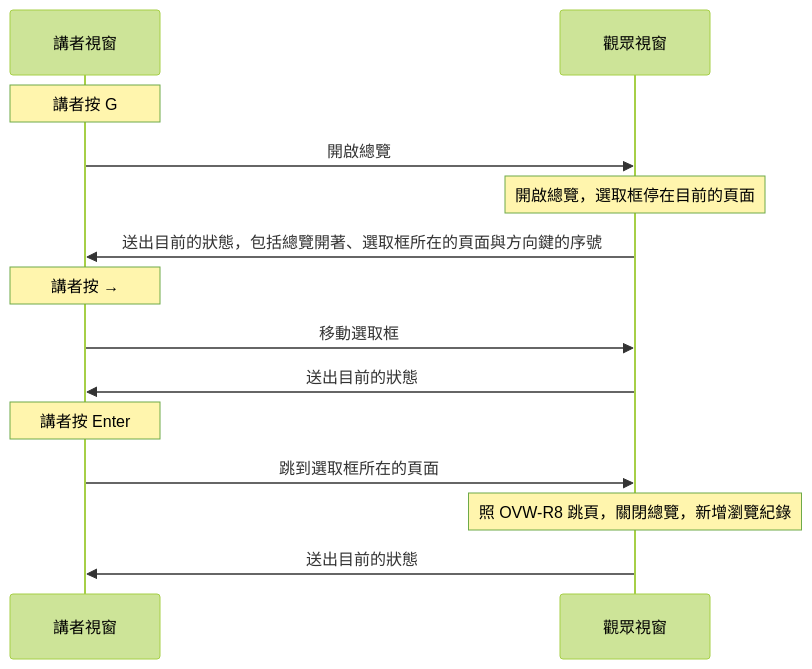
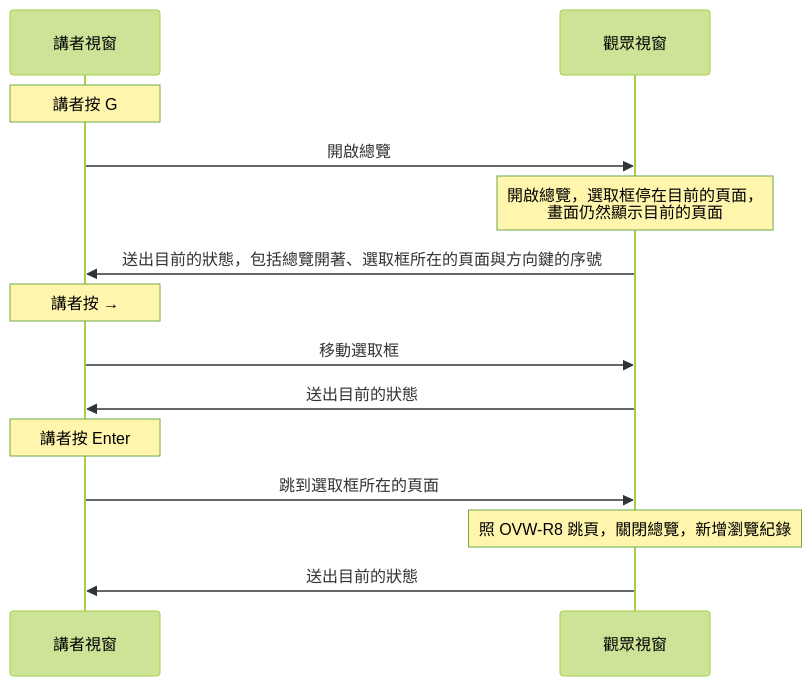
Before and after one commit to bingyangchen/diapo: the fifth of 6 diagrams in docs/specs/architecture.md, drawn with Mermaid (forest theme). The commit also changed other lines of this file and 17 other files, not shown here.

````diff
--- a/docs/specs/architecture.md
+++ b/docs/specs/architecture.md
@@ -231,16 +231,16 @@
 ```mermaid
 sequenceDiagram
   participant presenter as 講者視窗
   participant audience as 觀眾視窗
   Note over presenter: 講者按 G
   presenter->>audience: 開啟總覽
-  Note over audience: 開啟總覽，選取框停在目前的頁面
+  Note over audience: 開啟總覽，選取框停在目前的頁面，<br/>畫面仍然顯示目前的頁面
   audience->>presenter: 送出目前的狀態，包括總覽開著、選取框所在的頁面與方向鍵的序號
   Note over presenter: 講者按 →
   presenter->>audience: 移動選取框
   audience->>presenter: 送出目前的狀態
   Note over presenter: 講者按 Enter
   presenter->>audience: 跳到選取框所在的頁面
   Note over audience: 照 OVW-R8 跳頁，關閉總覽，新增瀏覽紀錄
   audience->>presenter: 送出目前的狀態
 ```
````
